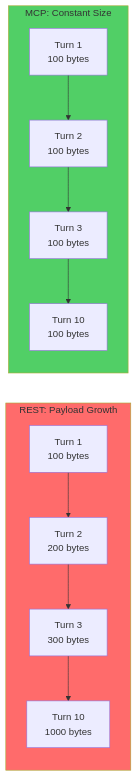
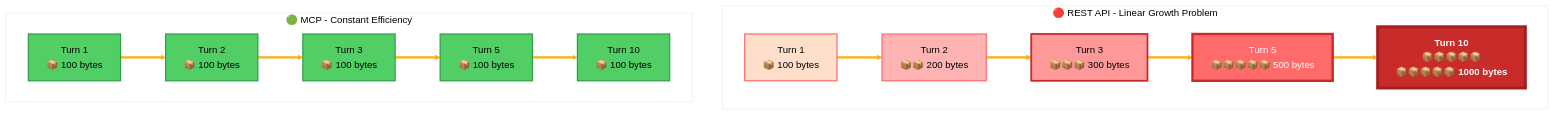
One commit to NayanEupho/REST-vs-MCP changed the diagram in README.md. Above: the diagram before and after it, drawn with Mermaid. The commit also changed other lines of this file, not shown here.

Commit message:
Improvments to visual graph of README.md

````diff
--- a/README.md
+++ b/README.md
@@ -99,17 +99,30 @@
 ```mermaid
-graph LR
-    subgraph REST["REST: Payload Growth"]
-        A1[Turn 1<br/>100 bytes] --> A2[Turn 2<br/>200 bytes]
-        A2 --> A3[Turn 3<br/>300 bytes]
-        A3 --> A4[Turn 10<br/>1000 bytes]
+%%{init: {'theme':'base', 'themeVariables': { 'primaryColor':'#ff6b6b','primaryTextColor':'#fff','primaryBorderColor':'#c92a2a','lineColor':'#fab005','secondaryColor':'#51cf66','tertiaryColor':'#fff'}}}%%
+graph TB
+    subgraph REST["🔴 REST API - Linear Growth Problem"]
+        direction LR
+        R1["Turn 1<br/>📦 100 bytes"]:::small
+        R2["Turn 2<br/>📦📦 200 bytes"]:::medium
+        R3["Turn 3<br/>📦📦📦 300 bytes"]:::large
+        R4["Turn 5<br/>📦📦📦📦📦 500 bytes"]:::xlarge
+        R5["Turn 10<br/>📦📦📦📦📦<br/>📦📦📦📦📦 1000 bytes"]:::huge
+        R1 ==> R2 ==> R3 ==> R4 ==> R5
     end
     
-    subgraph MCP["MCP: Constant Size"]
-        B1[Turn 1<br/>100 bytes] --> B2[Turn 2<br/>100 bytes]
-        B2 --> B3[Turn 3<br/>100 bytes]
-        B3 --> B4[Turn 10<br/>100 bytes]
+    subgraph MCP["🟢 MCP - Constant Efficiency"]
+        direction LR
+        M1["Turn 1<br/>📦 100 bytes"]:::constant
+        M2["Turn 2<br/>📦 100 bytes"]:::constant
+        M3["Turn 3<br/>📦 100 bytes"]:::constant
+        M4["Turn 5<br/>📦 100 bytes"]:::constant
+        M5["Turn 10<br/>📦 100 bytes"]:::constant
+        M1 ==> M2 ==> M3 ==> M4 ==> M5
     end
     
-    style REST fill:#ff6b6b
-    style MCP fill:#51cf66
+    classDef small fill:#ffdecc,stroke:#ff6b6b,stroke-width:2px,color:#000
+    classDef medium fill:#ffb3b3,stroke:#ff6b6b,stroke-width:2px,color:#000
+    classDef large fill:#ff9999,stroke:#c92a2a,stroke-width:3px,color:#000
+    classDef xlarge fill:#ff6b6b,stroke:#c92a2a,stroke-width:4px,color:#fff
+    classDef huge fill:#c92a2a,stroke:#a61e1e,stroke-width:5px,color:#fff,font-weight:bold
+    classDef constant fill:#51cf66,stroke:#2f9e44,stroke-width:2px,color:#000
 ```
````
